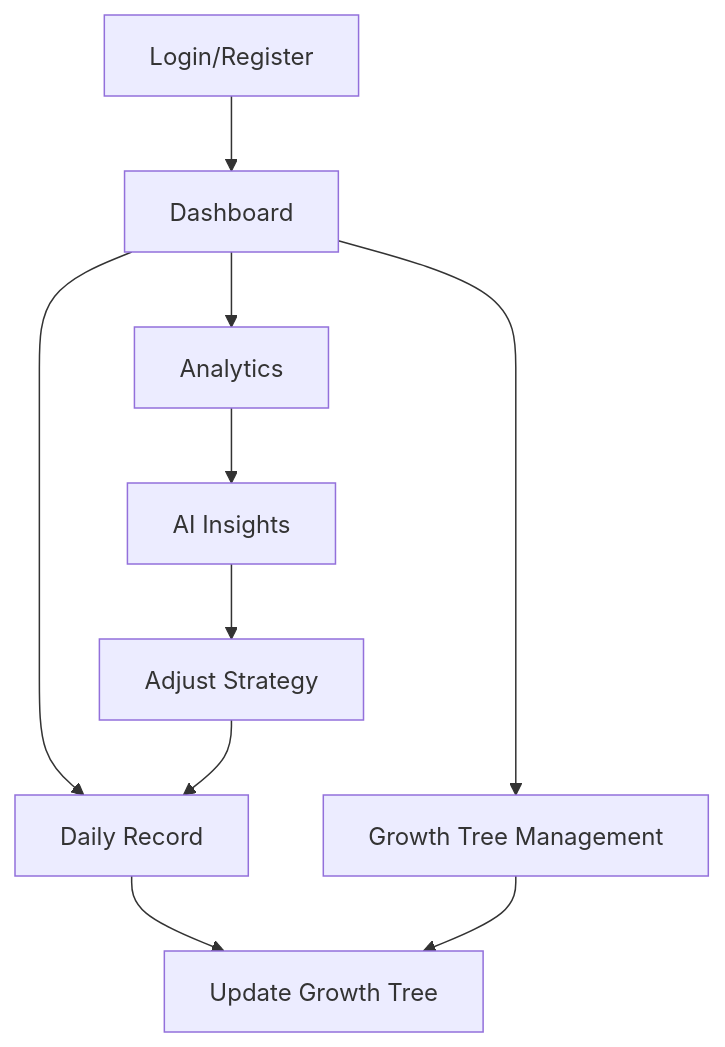
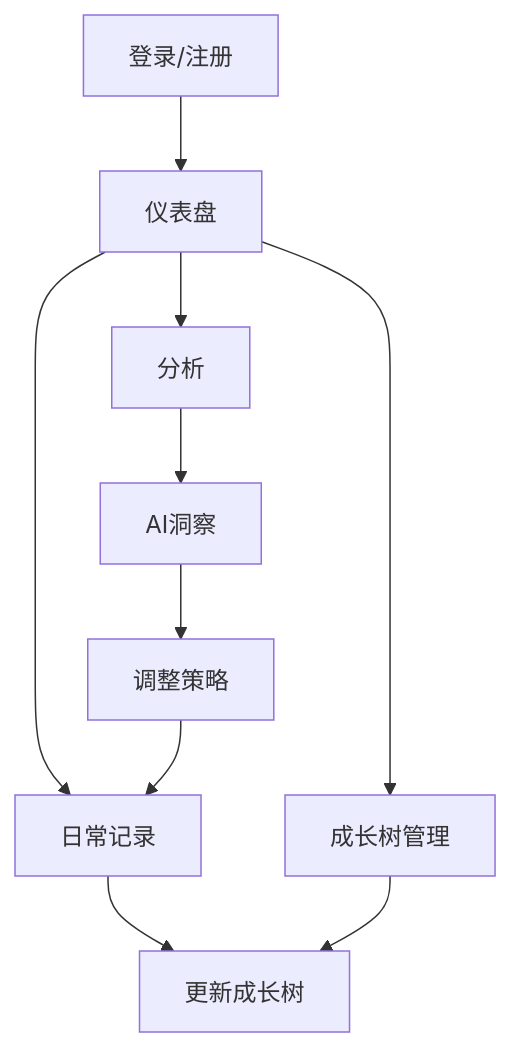
Before and after one commit to Thy985/GrowthOS: the diagram in GrowthOS_PRD.md, drawn with Mermaid. The commit also changed other lines of this file and 13834 other files, not shown here.

````diff
--- a/GrowthOS_PRD.md
+++ b/GrowthOS_PRD.md
@@ -40,12 +40,12 @@
 ```mermaid
 flowchart TD
-    A[Login/Register] --> B[Dashboard]
-    B --> C[Daily Record]
-    C --> D[Update Growth Tree]
-    B --> E[Growth Tree Management]
+    A[登录/注册] --> B[仪表盘]
+    B --> C[日常记录]
+    C --> D[更新成长树]
+    B --> E[成长树管理]
     E --> D
-    B --> F[Analytics]
-    F --> G[AI Insights]
-    G --> H[Adjust Strategy]
+    B --> F[分析]
+    F --> G[AI洞察]
+    G --> H[调整策略]
     H --> C
 ```
````
